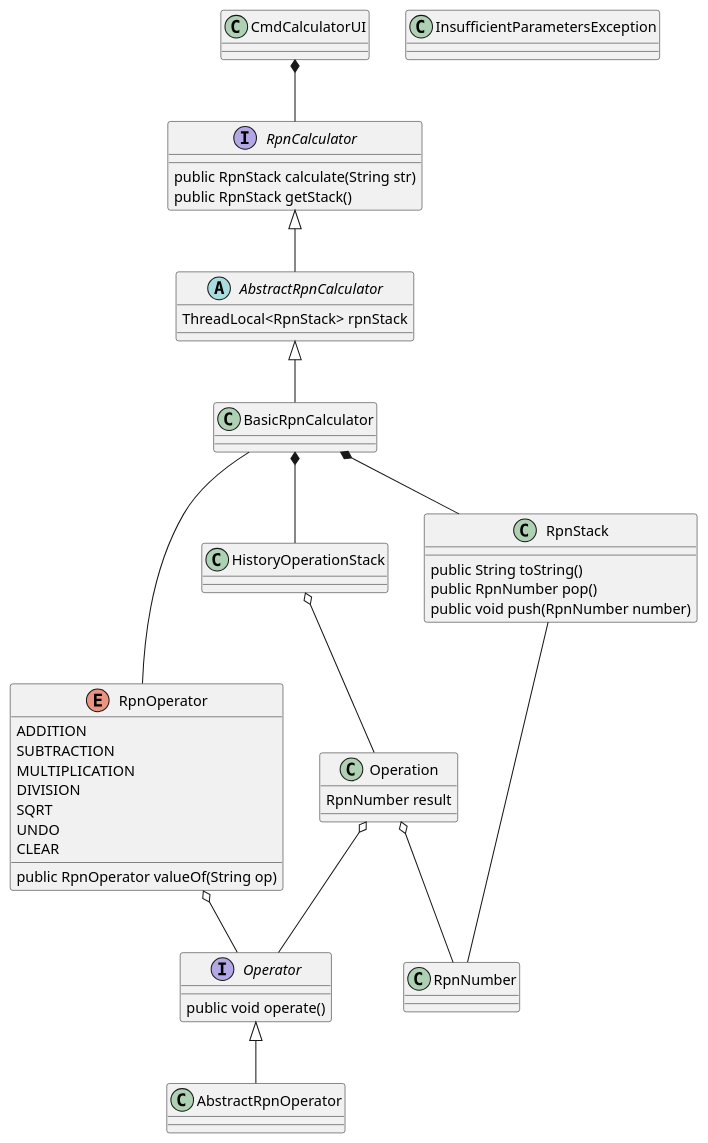
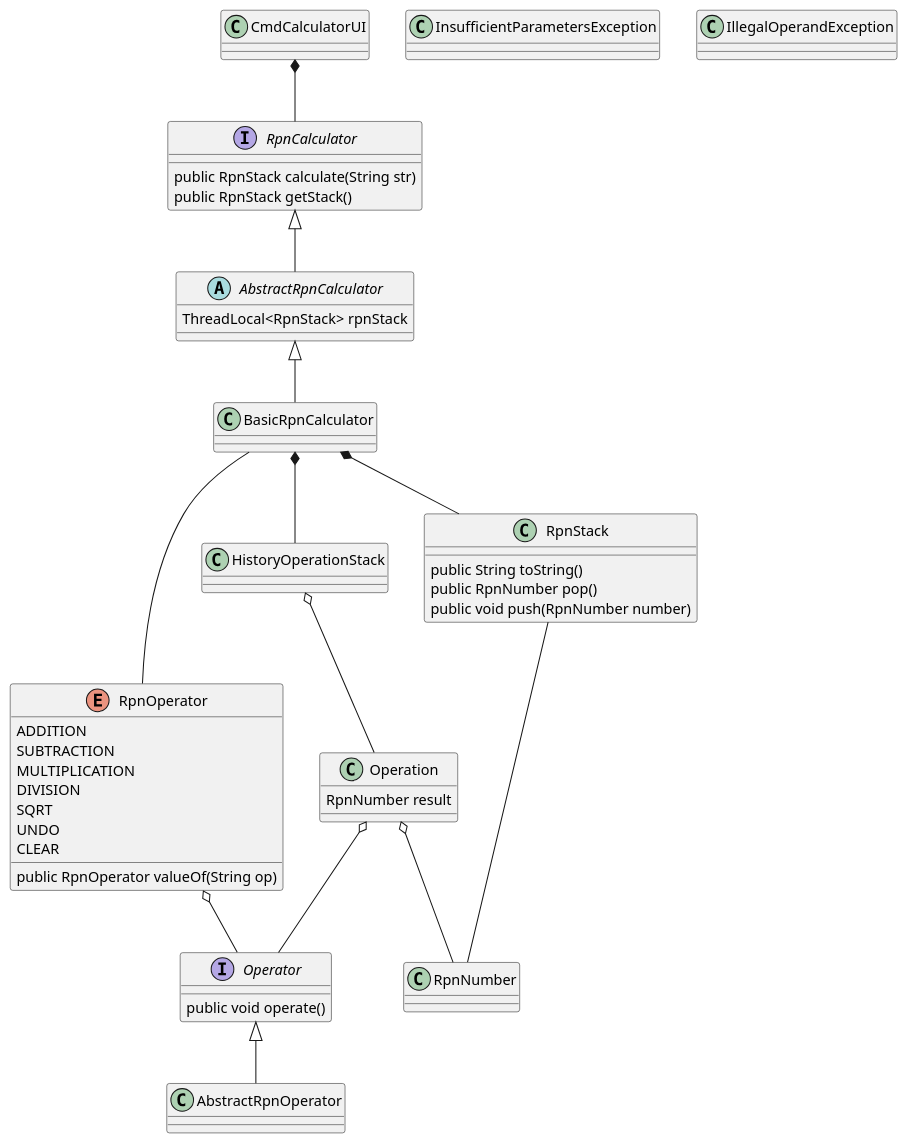
Before and after one commit to songdragon/RpnCalculator: the diagram in doc/Class.puml, drawn with PlantUML. The commit also changed 4 other files, not shown here.

```diff
--- a/doc/Class.puml
+++ b/doc/Class.puml
@@ -1,69 +1,71 @@
 @startuml
 
 class CmdCalculatorUI {
 }
 
 CmdCalculatorUI *-- RpnCalculator
 
 interface RpnCalculator{
 public RpnStack calculate(String str)
 public RpnStack getStack()
 }
 abstract class AbstractRpnCalculator{
 ThreadLocal<RpnStack> rpnStack
 }
 RpnCalculator <|-- AbstractRpnCalculator
 class BasicRpnCalculator{
 }
 AbstractRpnCalculator <|-- BasicRpnCalculator
 
 
 interface Operator{
 public void operate()
 }
 BasicRpnCalculator -- RpnOperator
 BasicRpnCalculator *-- RpnStack
 BasicRpnCalculator *-- HistoryOperationStack
 
 
 class RpnStack{
 public String toString()
 public RpnNumber pop()
 public void push(RpnNumber number)
 }
 class RpnNumber{
 }
 RpnStack -- RpnNumber
 
 class InsufficientParametersException{
 }
+class IllegalOperandException{
+}
 
 class HistoryOperationStack{
 }
 class Operation {
    RpnNumber result
 }
 
 Operation o-- Operator
 Operation o-- RpnNumber
 HistoryOperationStack o-- Operation
 
 class AbstractRpnOperator{
 }
 
 Operator <|-- AbstractRpnOperator
 
 enum RpnOperator{
   ADDITION
   SUBTRACTION
   MULTIPLICATION
   DIVISION
   SQRT
   UNDO
   CLEAR
 
   public RpnOperator valueOf(String op)
 }
 RpnOperator o-- Operator
 
 @enduml
```
